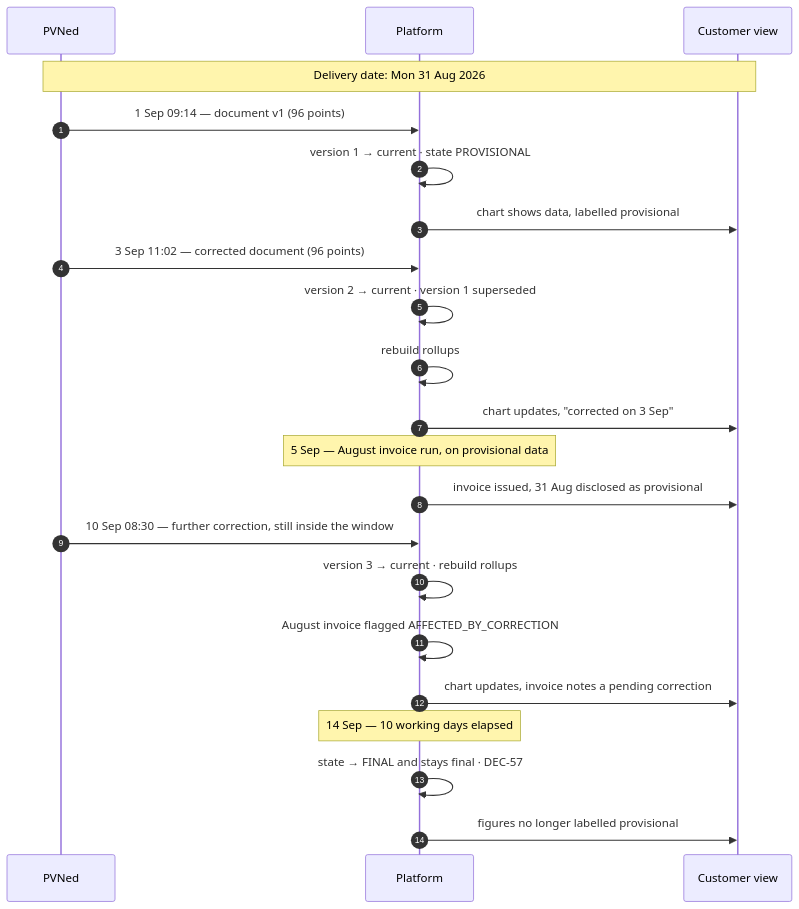
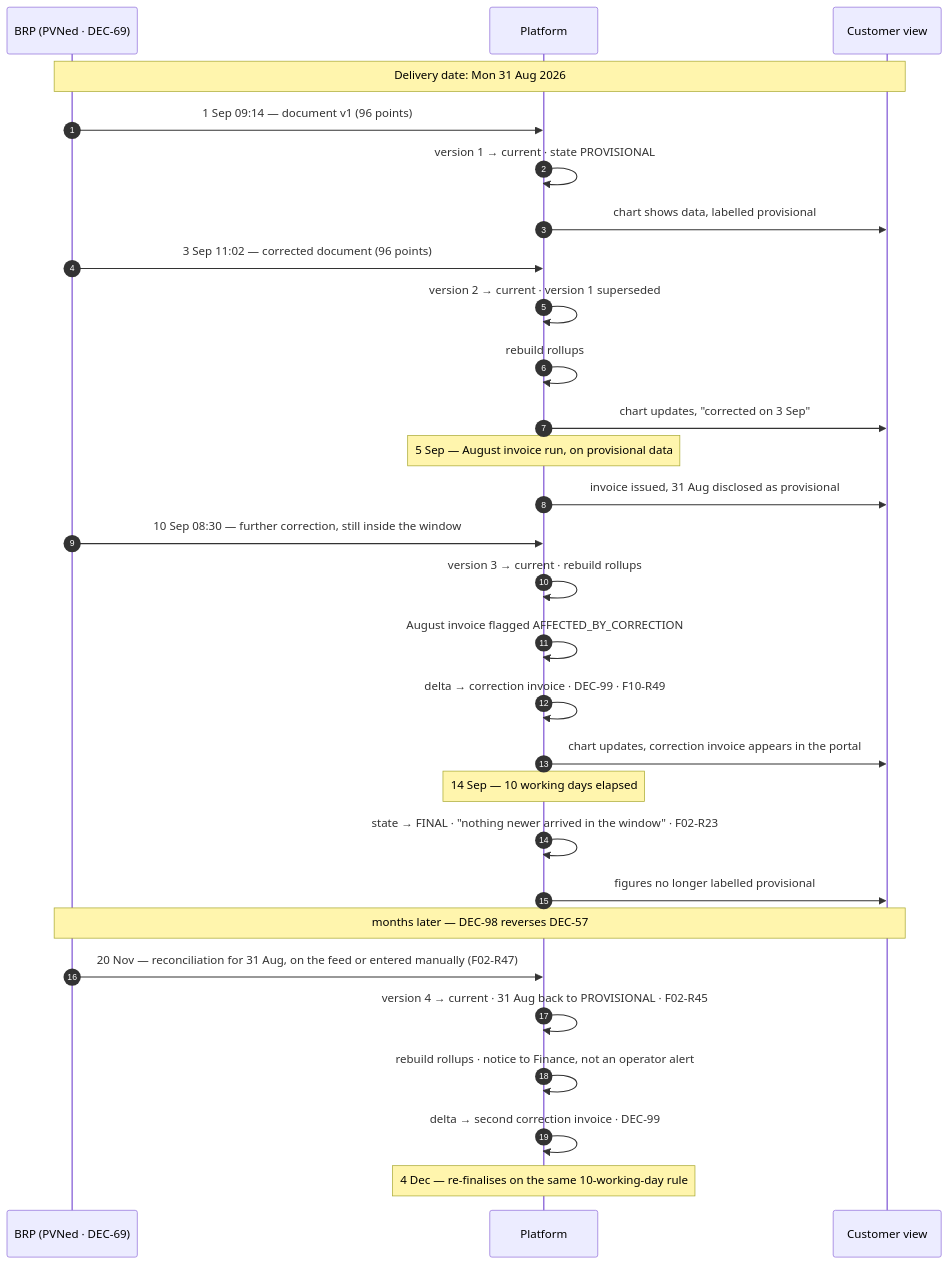
Before and after one commit to lukastosic-ifd/peakpowerspecs: the second of 4 diagrams in specs/40-processes/02-metering-data-flow.md, drawn with Mermaid. The commit also changed other lines of this file and 66 other files, not shown here.

````diff
--- a/specs/40-processes/02-metering-data-flow.md
+++ b/specs/40-processes/02-metering-data-flow.md
@@ -85,30 +124,38 @@
 ```mermaid
 sequenceDiagram
     autonumber
-    participant P as PVNed
+    participant P as BRP (PVNed · DEC-69)
     participant PL as Platform
     participant C as Customer view
 
     Note over P,C: Delivery date: Mon 31 Aug 2026
 
     P->>PL: 1 Sep 09:14 — document v1 (96 points)
     PL->>PL: version 1 → current · state PROVISIONAL
     PL->>C: chart shows data, labelled provisional
 
     P->>PL: 3 Sep 11:02 — corrected document (96 points)
     PL->>PL: version 2 → current · version 1 superseded
     PL->>PL: rebuild rollups
     PL->>C: chart updates, "corrected on 3 Sep"
 
     Note over PL: 5 Sep — August invoice run, on provisional data
     PL->>C: invoice issued, 31 Aug disclosed as provisional
 
     P->>PL: 10 Sep 08:30 — further correction, still inside the window
     PL->>PL: version 3 → current · rebuild rollups
     PL->>PL: August invoice flagged AFFECTED_BY_CORRECTION
-    PL->>C: chart updates, invoice notes a pending correction
+    PL->>PL: delta → correction invoice · DEC-99 · F10-R49
+    PL->>C: chart updates, correction invoice appears in the portal
 
     Note over PL: 14 Sep — 10 working days elapsed
-    PL->>PL: state → FINAL and stays final · DEC-57
+    PL->>PL: state → FINAL · "nothing newer arrived in the window" · F02-R23
     PL->>C: figures no longer labelled provisional
+
+    Note over P,C: months later — DEC-98 reverses DEC-57
+    P->>PL: 20 Nov — reconciliation for 31 Aug, on the feed or entered manually (F02-R47)
+    PL->>PL: version 4 → current · 31 Aug back to PROVISIONAL · F02-R45
+    PL->>PL: rebuild rollups · notice to Finance, not an operator alert
+    PL->>PL: delta → second correction invoice · DEC-99
+    Note over PL: 4 Dec — re-finalises on the same 10-working-day rule
 ```
````
